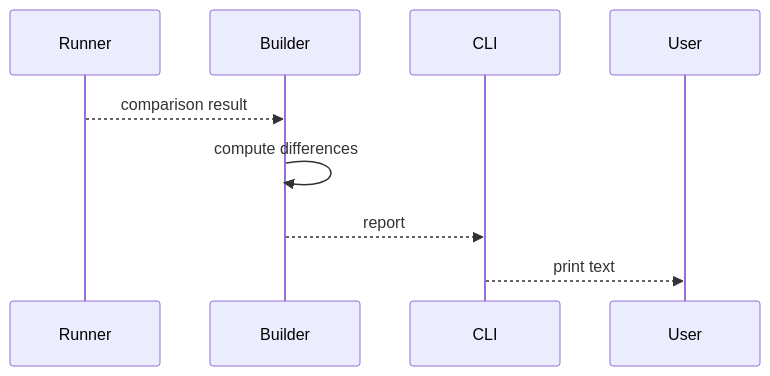
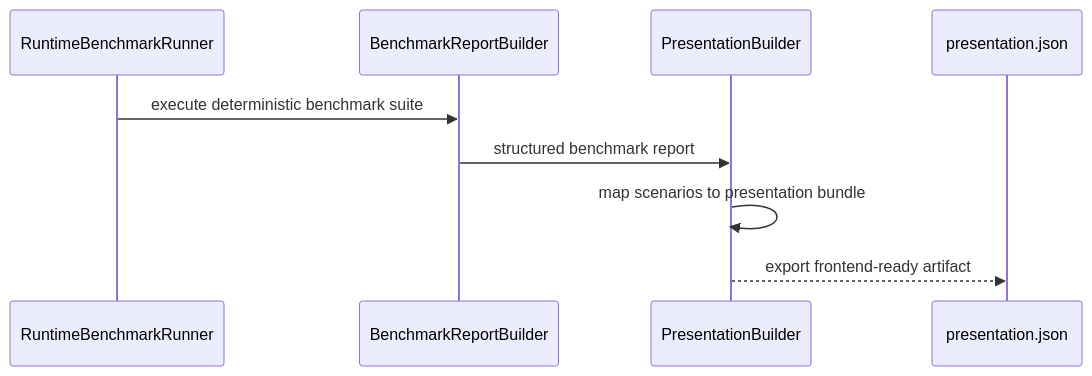
One commit to leozzmc/AetherNet changed the fifth of 7 diagrams in docs/architecture.md. Above: the diagram before and after it, drawn with Mermaid. The commit also changed other lines of this file and 6 other files, not shown here.

````diff
--- a/docs/architecture.md
+++ b/docs/architecture.md
@@ -262,11 +271,12 @@
 ```mermaid
 sequenceDiagram
-    participant Runner
-    participant Builder
-    participant CLI
+    participant Runner as RuntimeBenchmarkRunner
+    participant Report as BenchmarkReportBuilder
+    participant Builder as PresentationBuilder
+    participant JSON as presentation.json
 
-    Runner-->>Builder: comparison result
-    Builder->>Builder: compute differences
-    Builder-->>CLI: report
-    CLI-->>User: print text
+    Runner->>Report: execute deterministic benchmark suite
+    Report->>Builder: structured benchmark report
+    Builder->>Builder: map scenarios to presentation bundle
+    Builder-->>JSON: export frontend-ready artifact
 ```
````
